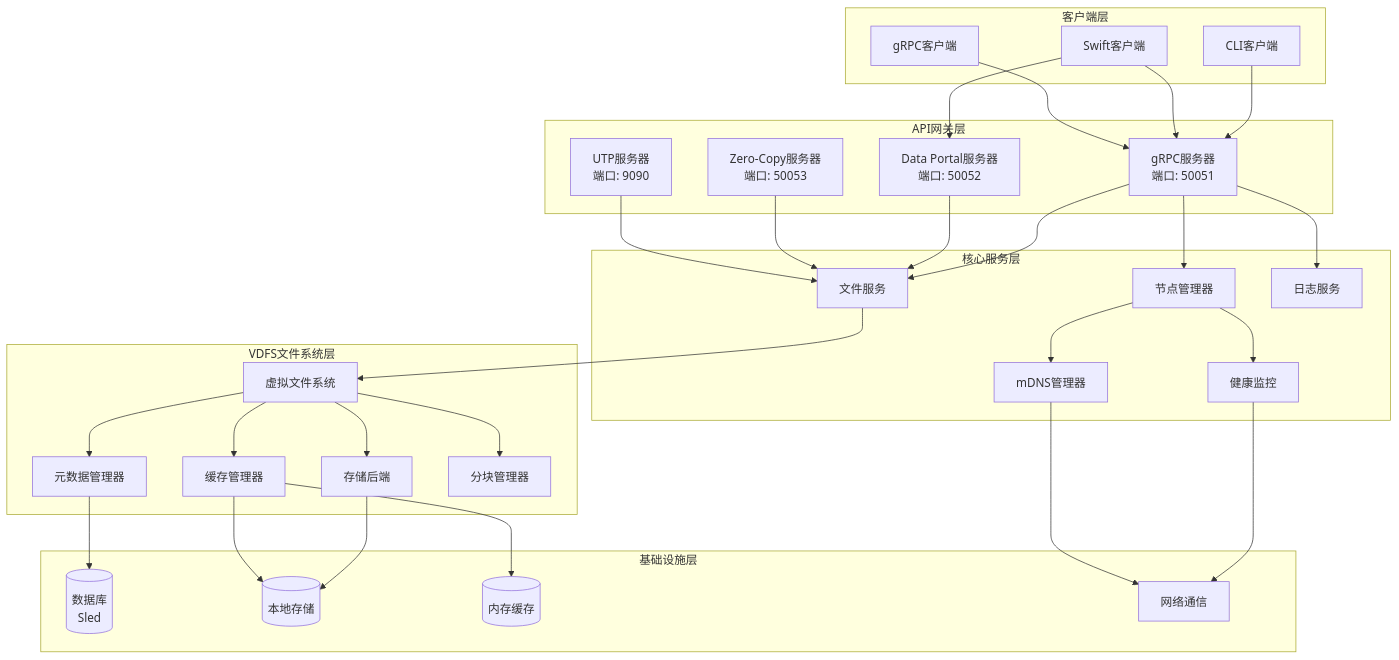
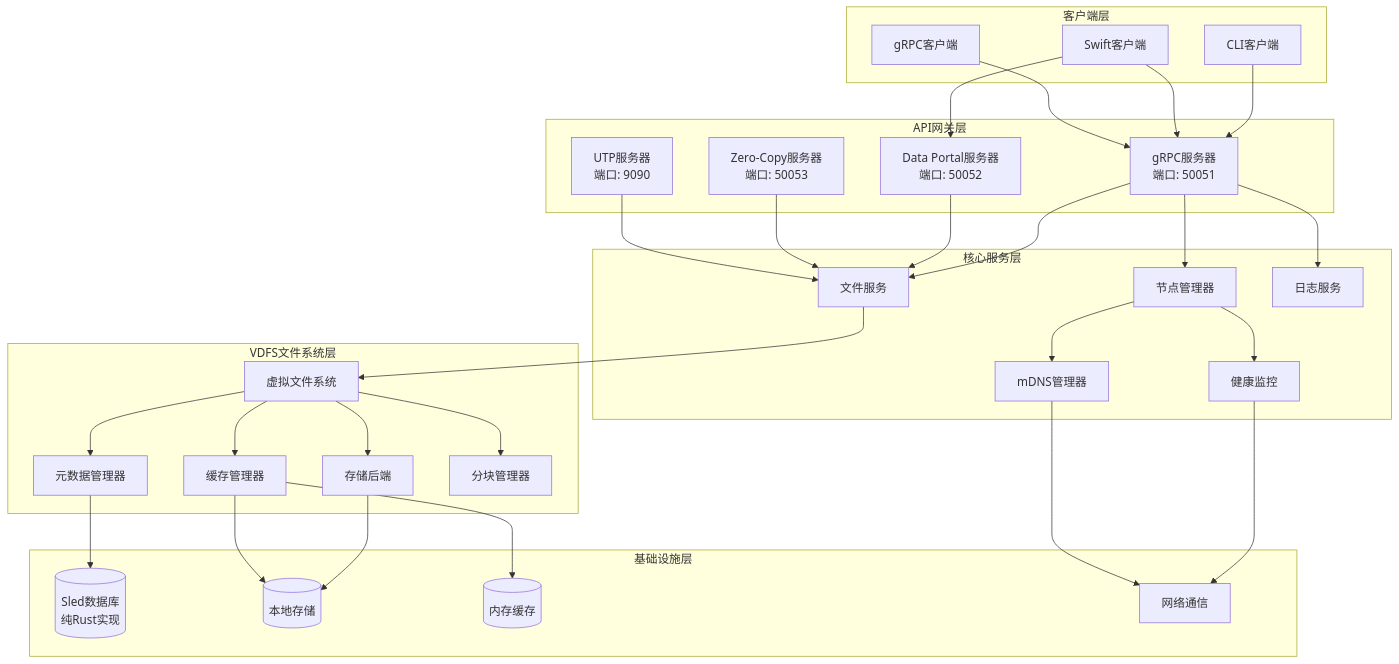
Before and after one commit to Gyangu/librorum: the first of 19 diagrams in docs/CORE_ARCHITECTURE.md, drawn with Mermaid. The commit also changed 5 other files, not shown here.

````diff
--- a/docs/CORE_ARCHITECTURE.md
+++ b/docs/CORE_ARCHITECTURE.md
@@ -24,74 +24,74 @@
 ```mermaid
 graph TB
     %% 客户端层
     subgraph "客户端层"
         CLI[CLI客户端]
         Swift[Swift客户端]
         gRPC_Client[gRPC客户端]
     end
 
     %% API网关层
     subgraph "API网关层"
         gRPC_Server[gRPC服务器<br/>端口: 50051]
         DataPortal_Server[Data Portal服务器<br/>端口: 50052]
         ZeroCopy_Server[Zero-Copy服务器<br/>端口: 50053]
         UTP_Server[UTP服务器<br/>端口: 9090]
     end
 
     %% 服务层
     subgraph "核心服务层"
         NodeManager[节点管理器]
         FileService[文件服务]
         LogService[日志服务]
         HealthMonitor[健康监控]
         MdnsManager[mDNS管理器]
     end
 
     %% 文件系统层
     subgraph "VDFS文件系统层"
         VFS[虚拟文件系统]
         MetadataManager[元数据管理器]
         StorageBackend[存储后端]
         CacheManager[缓存管理器]
         ChunkManager[分块管理器]
     end
 
     %% 基础设施层
     subgraph "基础设施层"
-        Database[(数据库<br/>Sled)]
+        Database[(Sled数据库<br/>纯Rust实现)]
         LocalStorage[(本地存储)]
         Memory[(内存缓存)]
         Network[网络通信]
     end
 
     %% 连接关系
     CLI --> gRPC_Server
     Swift --> gRPC_Server
     Swift --> DataPortal_Server
     gRPC_Client --> gRPC_Server
 
     gRPC_Server --> NodeManager
     gRPC_Server --> FileService
     gRPC_Server --> LogService
     
     DataPortal_Server --> FileService
     ZeroCopy_Server --> FileService
     UTP_Server --> FileService
 
     NodeManager --> HealthMonitor
     NodeManager --> MdnsManager
     
     FileService --> VFS
     VFS --> MetadataManager
     VFS --> StorageBackend
     VFS --> CacheManager
     VFS --> ChunkManager
 
     MetadataManager --> Database
     StorageBackend --> LocalStorage
     CacheManager --> Memory
     CacheManager --> LocalStorage
     
     HealthMonitor --> Network
     MdnsManager --> Network
 ```
````
